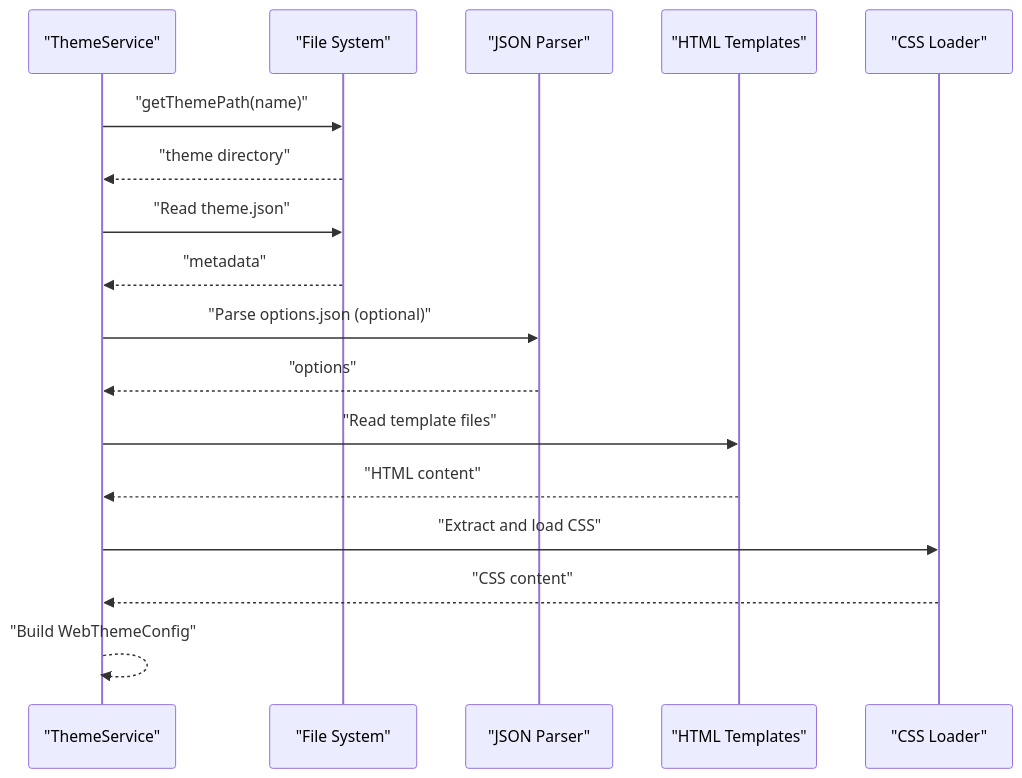
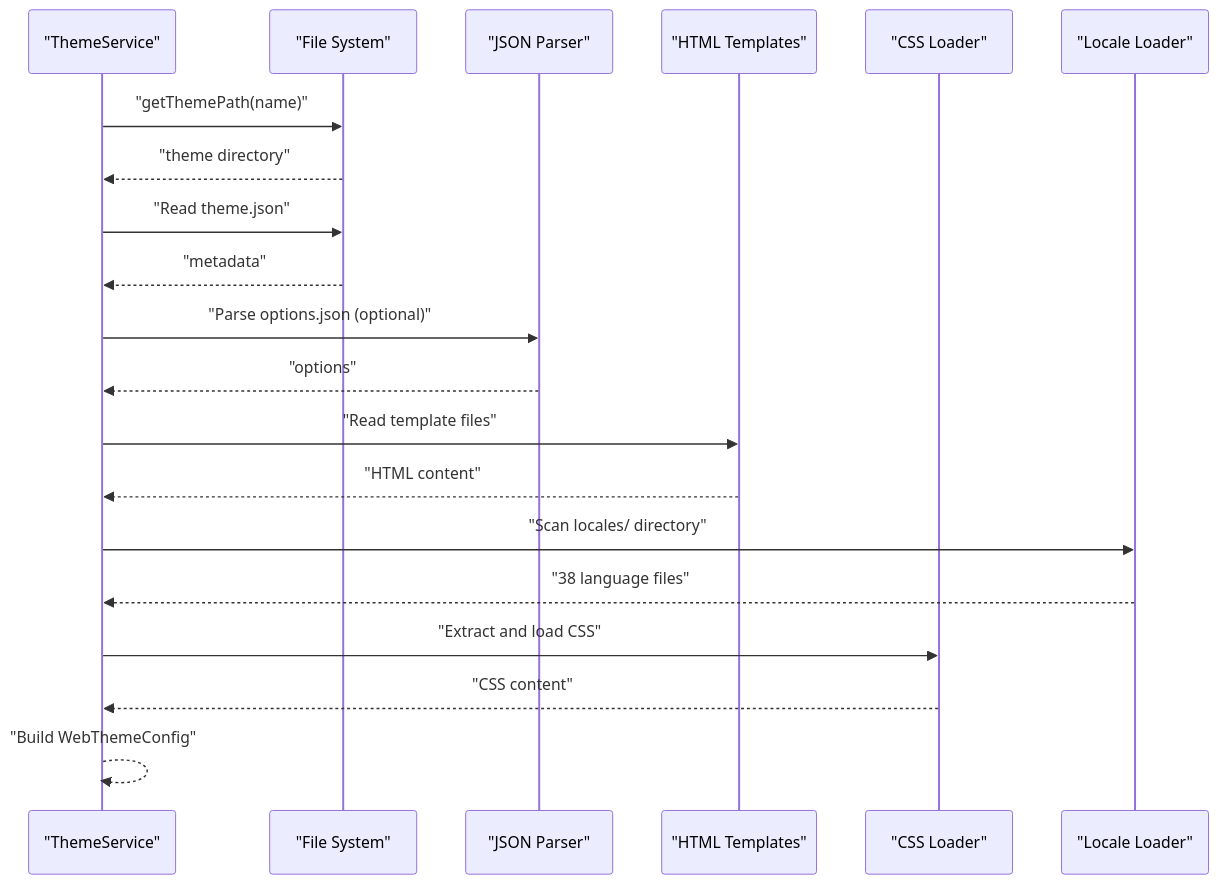
One commit to marcoriesco/RIESCADE_SYSTEM changed the fourth of 8 diagrams in .qoder/repowiki/en/content/Visual Customization/Theme Management.md. Above: the diagram before and after it, drawn with Mermaid. The commit also changed other lines of this file and 10 other files, not shown here.

````diff
--- a/.qoder/repowiki/en/content/Visual Customization/Theme Management.md
+++ b/.qoder/repowiki/en/content/Visual Customization/Theme Management.md
@@ -145,19 +170,22 @@
 ```mermaid
 sequenceDiagram
 participant Loader as "ThemeService"
 participant FS as "File System"
 participant Parser as "JSON Parser"
 participant HTML as "HTML Templates"
 participant CSS as "CSS Loader"
+participant Locale as "Locale Loader"
 Loader->>FS : "getThemePath(name)"
 FS-->>Loader : "theme directory"
 Loader->>FS : "Read theme.json"
 FS-->>Loader : "metadata"
 Loader->>Parser : "Parse options.json (optional)"
 Parser-->>Loader : "options"
 Loader->>HTML : "Read template files"
 HTML-->>Loader : "HTML content"
+Loader->>Locale : "Scan locales/ directory"
+Locale-->>Loader : "38 language files"
 Loader->>CSS : "Extract and load CSS"
 CSS-->>Loader : "CSS content"
 Loader-->>Loader : "Build WebThemeConfig"
 ```
````
